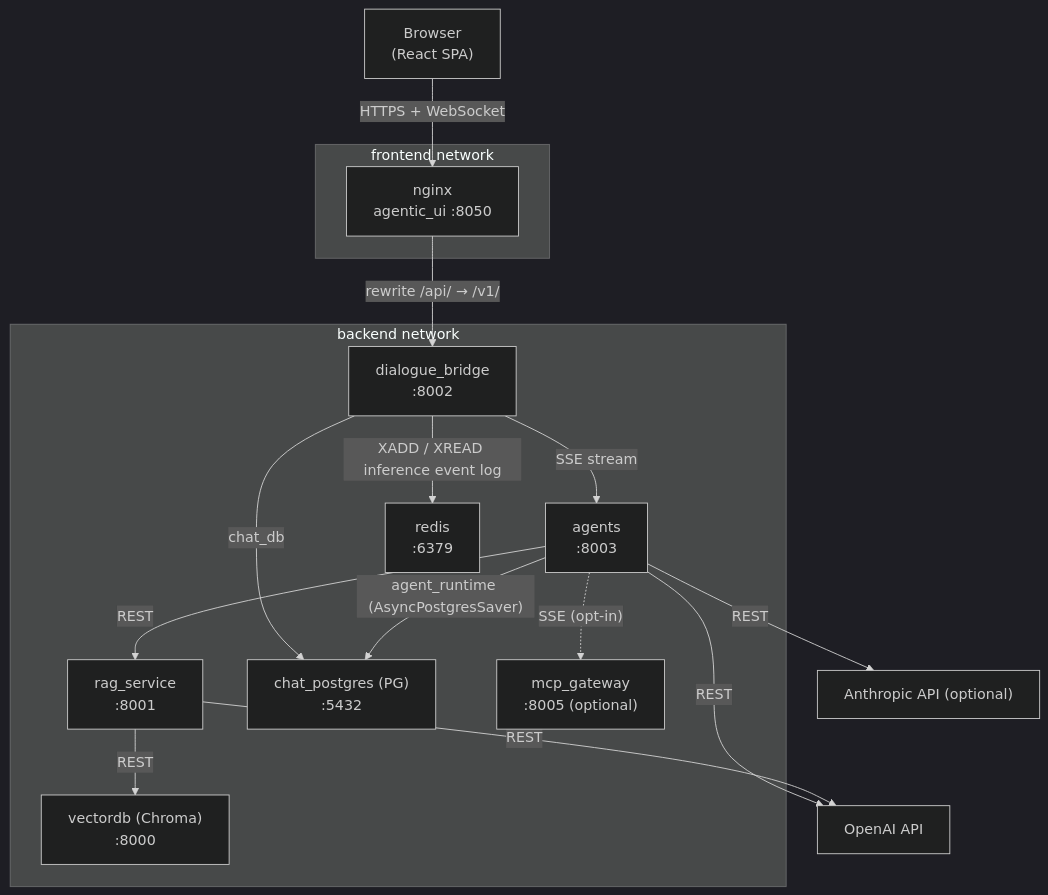
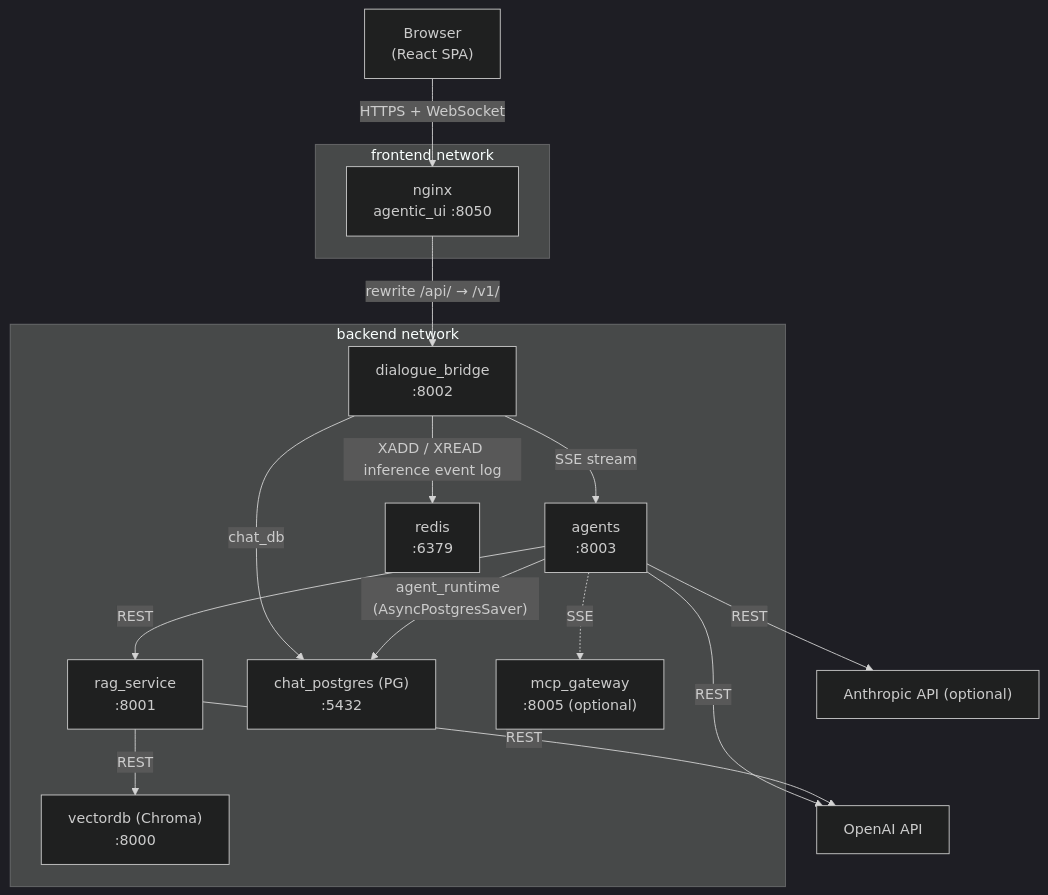
The first of 3 diagrams in docs/architecture/overview.md (konstantinosmpouros/mAgenticX), drawn with Mermaid (dark theme) before and after one commit. The commit also changed other lines of this file and 17 other files, not shown here.

````diff
--- a/docs/architecture/overview.md
+++ b/docs/architecture/overview.md
@@ -26,33 +26,33 @@
 ```mermaid
 flowchart TB
     Browser["Browser\n(React SPA)"]
 
     subgraph frontend_net["frontend network"]
         nginx["nginx\nagentic_ui :8050"]
     end
 
     subgraph backend_net["backend network"]
         bridge["dialogue_bridge\n:8002"]
         agents["agents\n:8003"]
         rag["rag_service\n:8001"]
         chroma["vectordb (Chroma)\n:8000"]
         pg["chat_postgres (PG)\n:5432"]
         redis["redis\n:6379"]
         mcp["mcp_gateway\n:8005 (optional)"]
     end
 
     Browser -->|"HTTPS + WebSocket"| nginx
     nginx -->|"rewrite /api/ → /v1/"| bridge
     bridge -->|"SSE stream"| agents
     bridge -->|"chat_db"| pg
     bridge -->|"XADD / XREAD inference event log"| redis
 
     agents -->|"agent_runtime (AsyncPostgresSaver)"| pg
     agents -->|"REST"| rag
-    agents -.->|"SSE (opt-in)"| mcp
+    agents -.->|"SSE"| mcp
     agents -->|"REST"| OpenAI["OpenAI API"]
     agents -->|"REST"| Anthropic["Anthropic API (optional)"]
 
     rag -->|"REST"| chroma
     rag -->|"REST"| OpenAI
 ```
````
